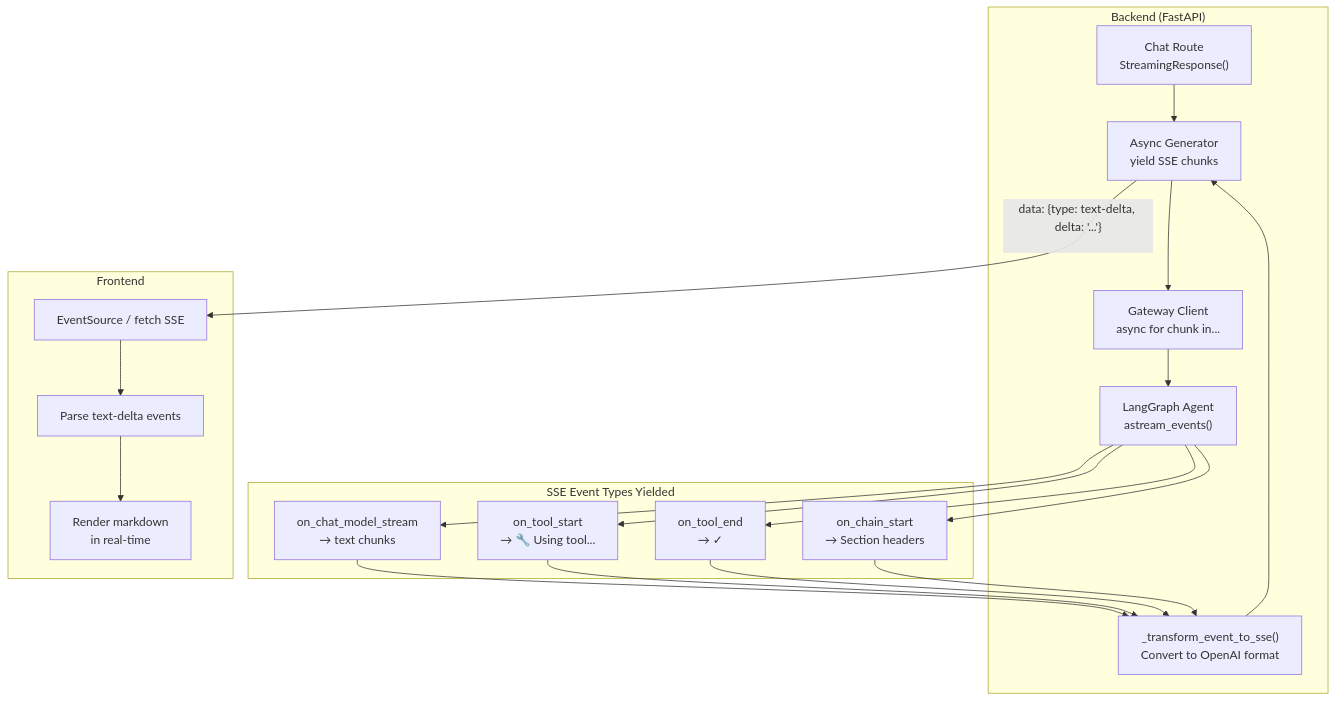
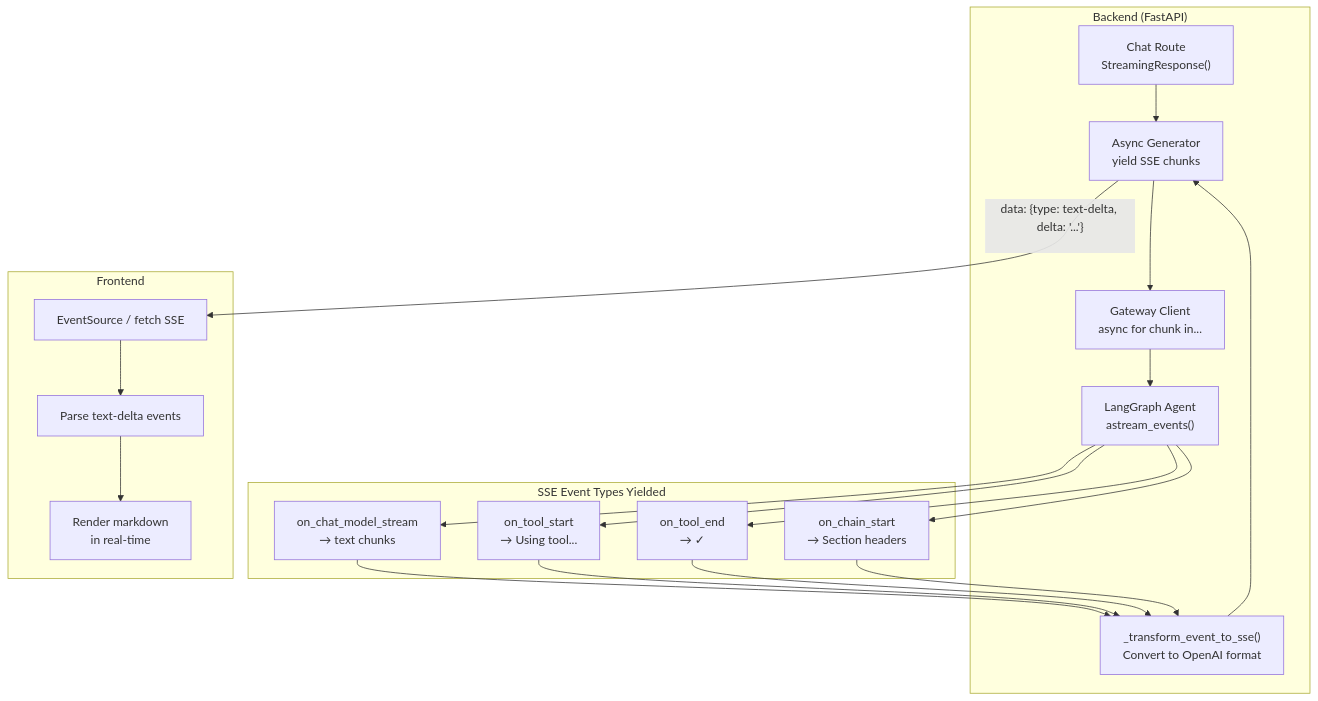
One commit to Levironexe/credence-backend changed the eighth of 8 diagrams in docs/ARCHITECTURE_DIAGRAM.md. Above: the diagram before and after it, drawn with Mermaid. The commit also changed other lines of this file and 36 other files, not shown here.

````diff
--- a/docs/ARCHITECTURE_DIAGRAM.md
+++ b/docs/ARCHITECTURE_DIAGRAM.md
@@ -362,40 +362,40 @@
 ```mermaid
 flowchart TD
     subgraph Backend["Backend (FastAPI)"]
         Route["Chat Route\nStreamingResponse()"]
         Gen["Async Generator\nyield SSE chunks"]
         GW["Gateway Client\nasync for chunk in..."]
         Agent["LangGraph Agent\nastream_events()"]
         Transform["_transform_event_to_sse()\nConvert to OpenAI format"]
     end
 
     subgraph SSE_Events["SSE Event Types Yielded"]
         E1["on_chat_model_stream\n→ text chunks"]
-        E2["on_tool_start\n→ 🔧 Using tool..."]
+        E2["on_tool_start\n→  Using tool..."]
         E3["on_tool_end\n→ ✓"]
         E4["on_chain_start\n→ Section headers"]
     end
 
     subgraph Frontend["Frontend"]
         EventSource["EventSource / fetch SSE"]
         Parser["Parse text-delta events"]
         Render["Render markdown\nin real-time"]
     end
 
     Route --> Gen
     Gen --> GW
     GW --> Agent
     Agent --> E1
     Agent --> E2
     Agent --> E3
     Agent --> E4
     E1 --> Transform
     E2 --> Transform
     E3 --> Transform
     E4 --> Transform
     Transform --> Gen
 
     Gen -->|"data: {type: text-delta, delta: '...'}\n\n"| EventSource
     EventSource --> Parser
     Parser --> Render
 ```
````
